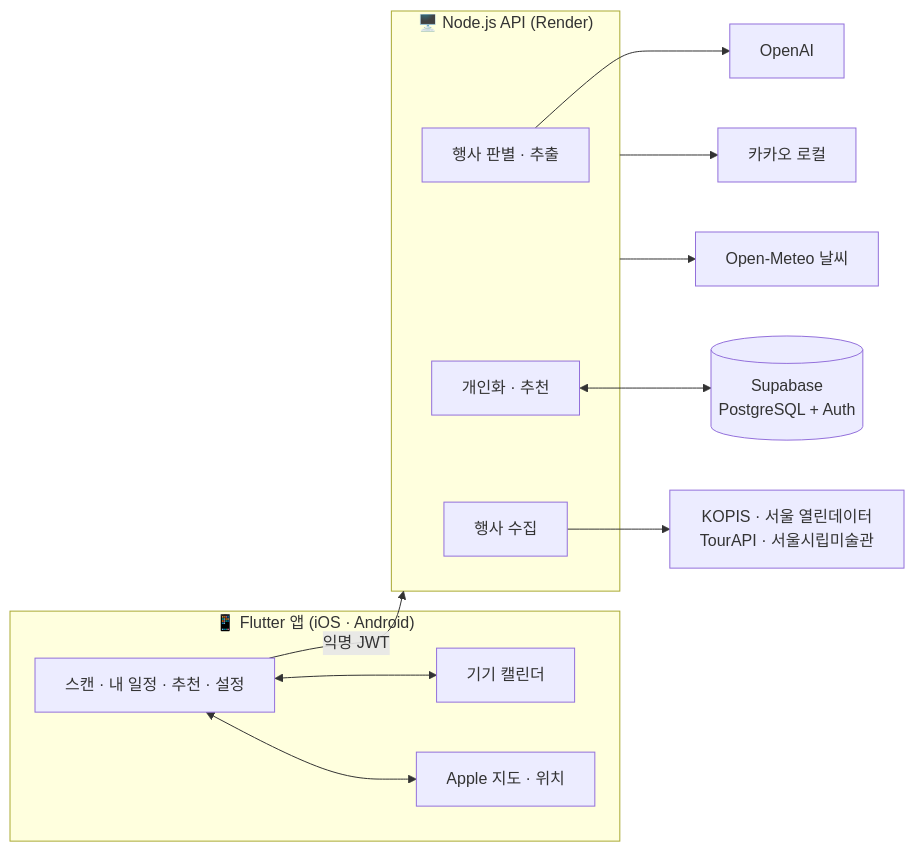
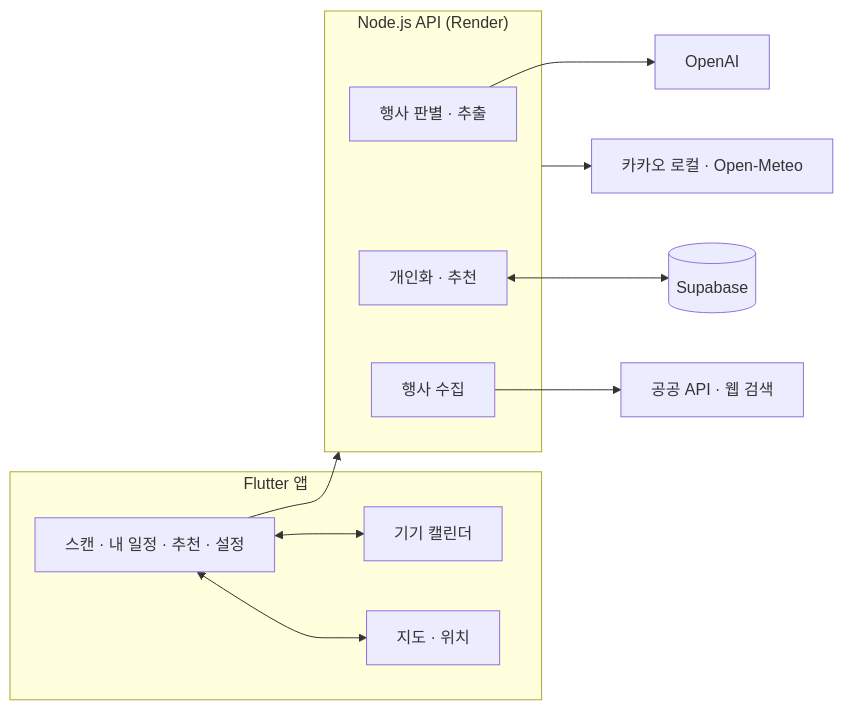
One commit to init726/cue changed the second of 2 diagrams in README.md. Above: the diagram before and after it, drawn with Mermaid. The commit also changed other lines of this file, not shown here.

````diff
--- a/README.md
+++ b/README.md
@@ -138,21 +112,20 @@
 ```mermaid
 flowchart LR
-    subgraph App["📱 Flutter 앱 (iOS · Android)"]
+    subgraph App["Flutter 앱"]
         UI["스캔 · 내 일정 · 추천 · 설정"]
         Cal["기기 캘린더"]
-        Map["Apple 지도 · 위치"]
+        Map["지도 · 위치"]
     end
-    subgraph Server["🖥️ Node.js API (Render)"]
+    subgraph Server["Node.js API (Render)"]
         AI["행사 판별 · 추출"]
         Rec["개인화 · 추천"]
         Cat["행사 수집"]
     end
     UI <--> Cal
     UI <--> Map
-    UI -- 익명 JWT --> Server
+    UI --> Server
     AI --> OpenAI["OpenAI"]
-    Rec <--> DB[("Supabase<br/>PostgreSQL + Auth")]
-    Cat --> Pub["KOPIS · 서울 열린데이터<br/>TourAPI · 서울시립미술관"]
-    Server --> Kakao["카카오 로컬"]
-    Server --> Weather["Open-Meteo 날씨"]
+    Rec <--> DB[("Supabase")]
+    Cat --> Pub["공공 API · 웹 검색"]
+    Server --> Ext["카카오 로컬 · Open-Meteo"]
 ```
````
